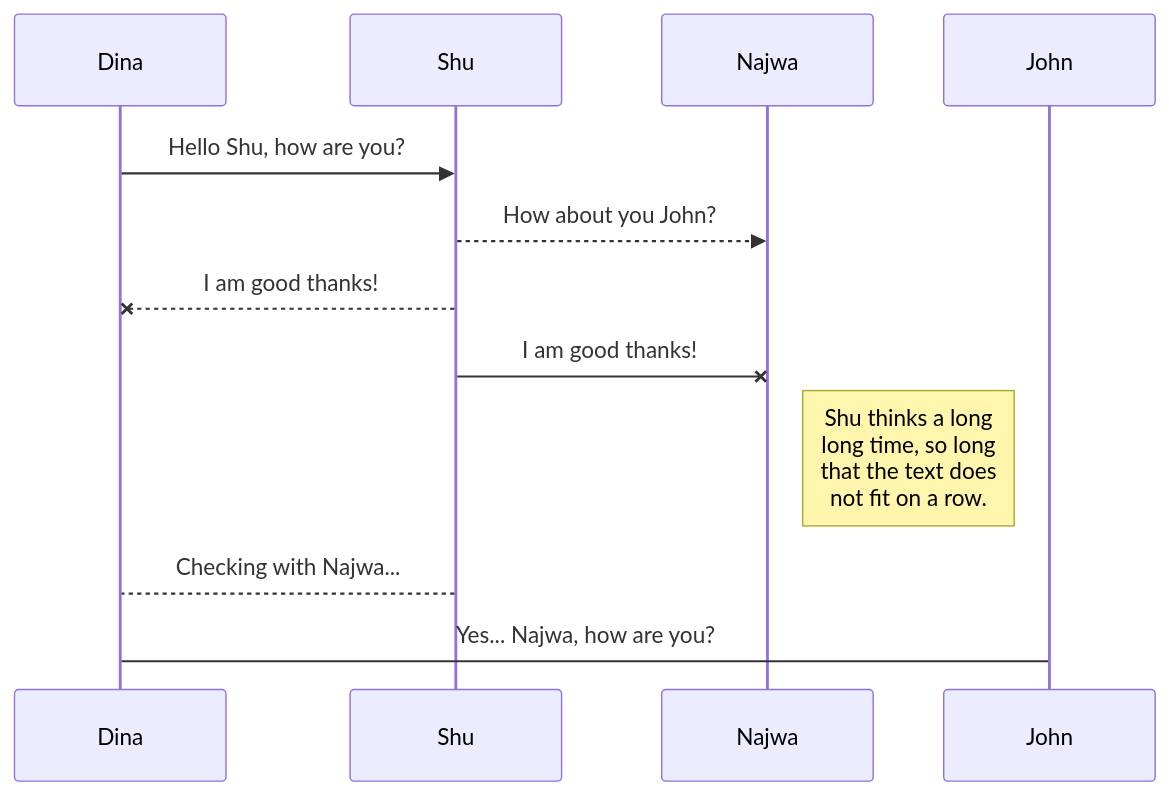
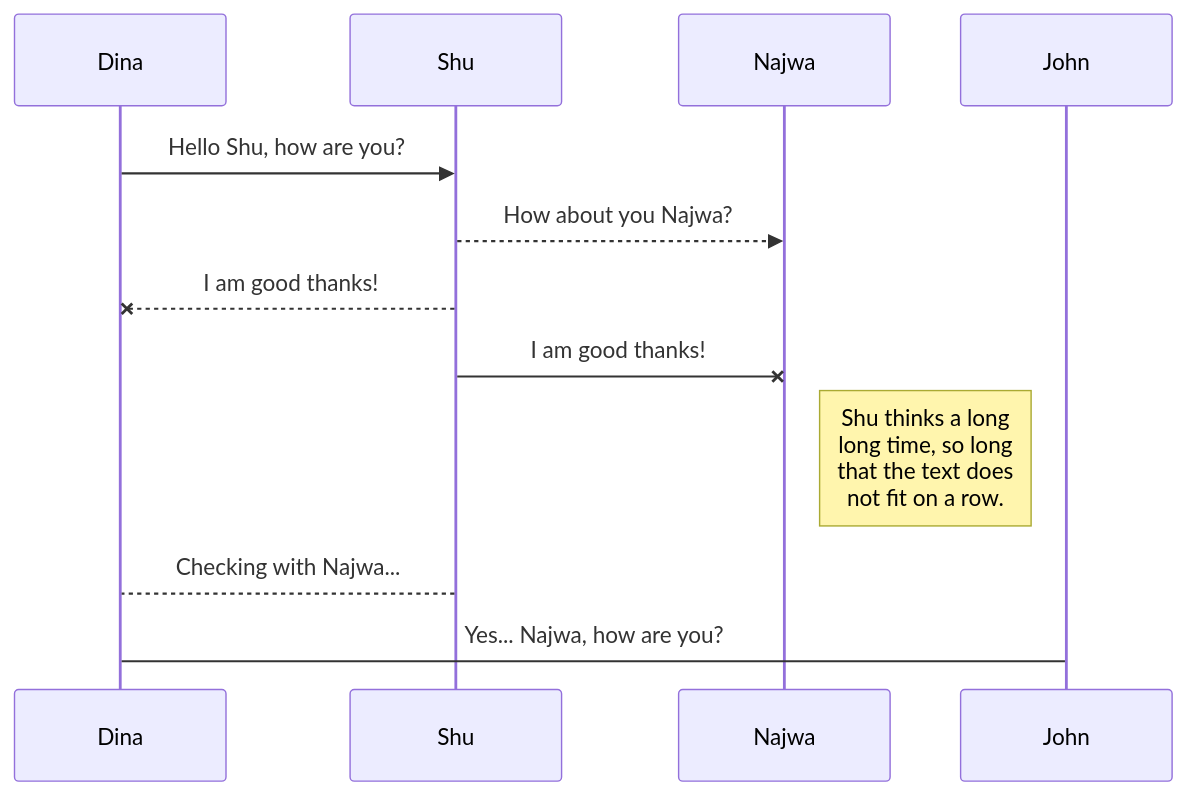
Before and after one commit to drshahizan/learn-github: the diagram in exercise/HPDP/aly4blqss/readme.md, drawn with Mermaid.

````diff
--- a/exercise/HPDP/aly4blqss/readme.md
+++ b/exercise/HPDP/aly4blqss/readme.md
@@ -39,11 +39,11 @@
 ```mermaid
 sequenceDiagram
 Dina ->> Shu: Hello Shu, how are you?
-Shu-->>Najwa: How about you John?
+Shu-->>Najwa: How about you Najwa?
 Shu--x Dina: I am good thanks!
 Shu-x Najwa: I am good thanks!
 Note right of Najwa: Shu thinks a long<br/>long time, so long<br/>that the text does<br/>not fit on a row.
 
 Shu-->Dina: Checking with Najwa...
 Dina->John: Yes... Najwa, how are you?
 ```
````
